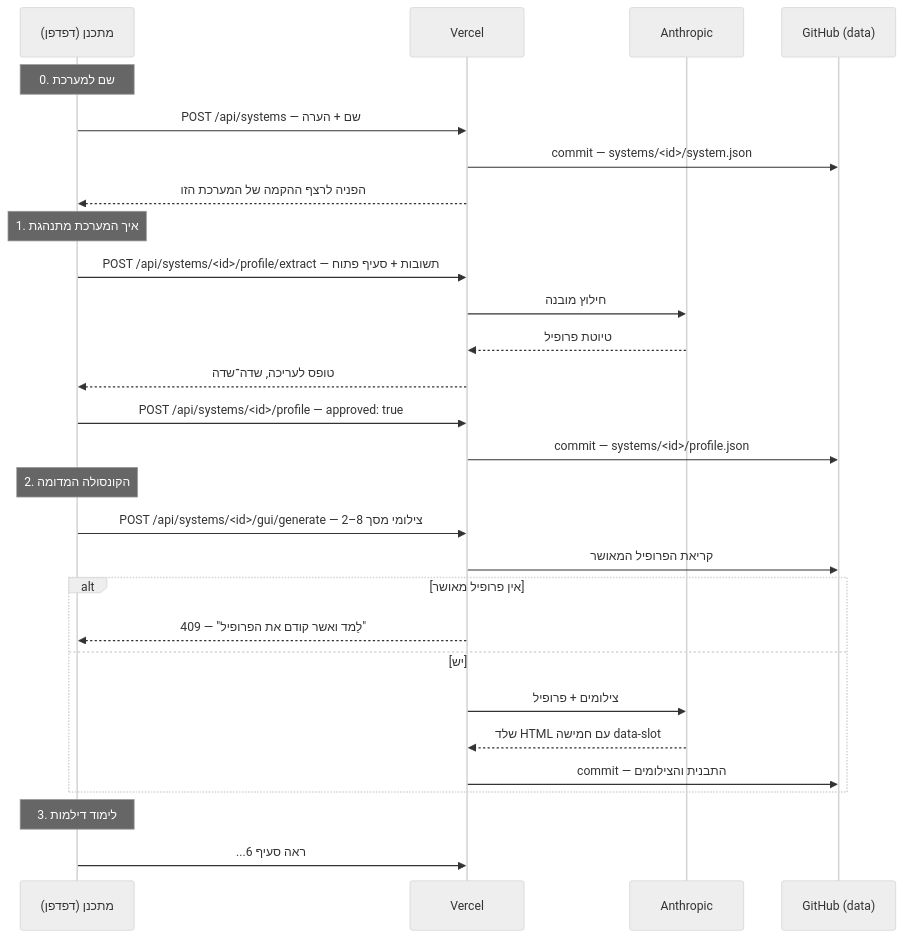
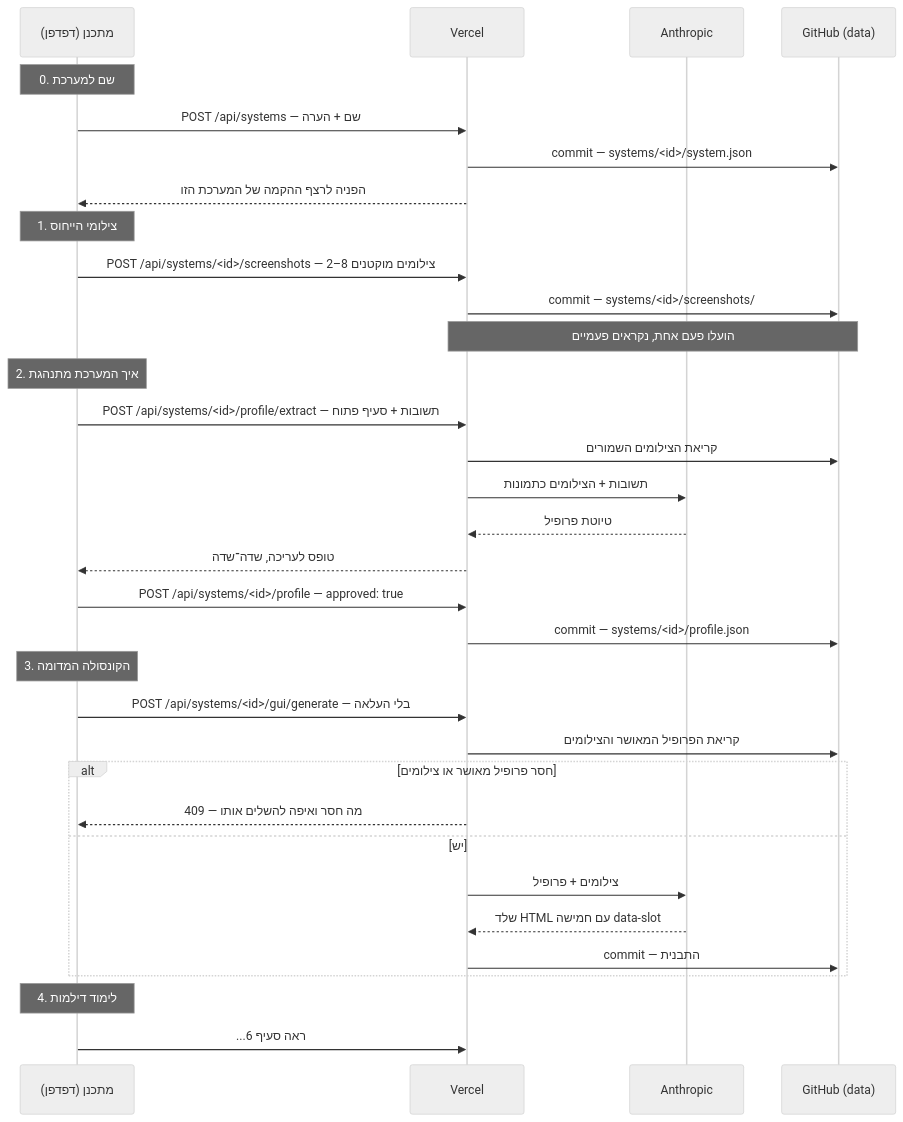
The first of 3 diagrams in ARCHITECTURE.md (nimrodekel-hub/AD_SIMULATOR), drawn with Mermaid (neutral theme) before and after one commit. The commit also changed other lines of this file, not shown here.

````diff
--- a/ARCHITECTURE.md
+++ b/ARCHITECTURE.md
@@ -178,34 +178,40 @@
 ```mermaid
 sequenceDiagram
     participant D as מתכנן (דפדפן)
     participant V as Vercel
     participant A as Anthropic
     participant G as GitHub (data)
 
     Note over D: 0. שם למערכת
     D->>V: POST /api/systems — שם + הערה
     V->>G: commit — systems/<id>/system.json
     V-->>D: הפניה לרצף ההקמה של המערכת הזו
 
-    Note over D: 1. איך המערכת מתנהגת
+    Note over D: 1. צילומי הייחוס
+    D->>V: POST /api/systems/<id>/screenshots — 2–8 צילומים מוקטנים
+    V->>G: commit — systems/<id>/screenshots/
+    Note over V,G: הועלו פעם אחת, נקראים פעמיים
+
+    Note over D: 2. איך המערכת מתנהגת
     D->>V: POST /api/systems/<id>/profile/extract — תשובות + סעיף פתוח
-    V->>A: חילוץ מובנה
+    V->>G: קריאת הצילומים השמורים
+    V->>A: תשובות + הצילומים כתמונות
     A-->>V: טיוטת פרופיל
     V-->>D: טופס לעריכה, שדה־שדה
     D->>V: POST /api/systems/<id>/profile — approved: true
     V->>G: commit — systems/<id>/profile.json
 
-    Note over D: 2. הקונסולה המדומה
-    D->>V: POST /api/systems/<id>/gui/generate — 2–8 צילומי מסך
-    V->>G: קריאת הפרופיל המאושר
-    alt אין פרופיל מאושר
-        V-->>D: 409 — "לַמד ואשר קודם את הפרופיל"
+    Note over D: 3. הקונסולה המדומה
+    D->>V: POST /api/systems/<id>/gui/generate — בלי העלאה
+    V->>G: קריאת הפרופיל המאושר והצילומים
+    alt חסר פרופיל מאושר או צילומים
+        V-->>D: 409 — מה חסר ואיפה להשלים אותו
     else יש
         V->>A: צילומים + פרופיל
         A-->>V: שלד HTML עם חמישה data-slot
-        V->>G: commit — התבנית והצילומים
+        V->>G: commit — התבנית
     end
 
-    Note over D: 3. לימוד דילמות
+    Note over D: 4. לימוד דילמות
     D->>V: ...ראה סעיף 6
 ```
````
